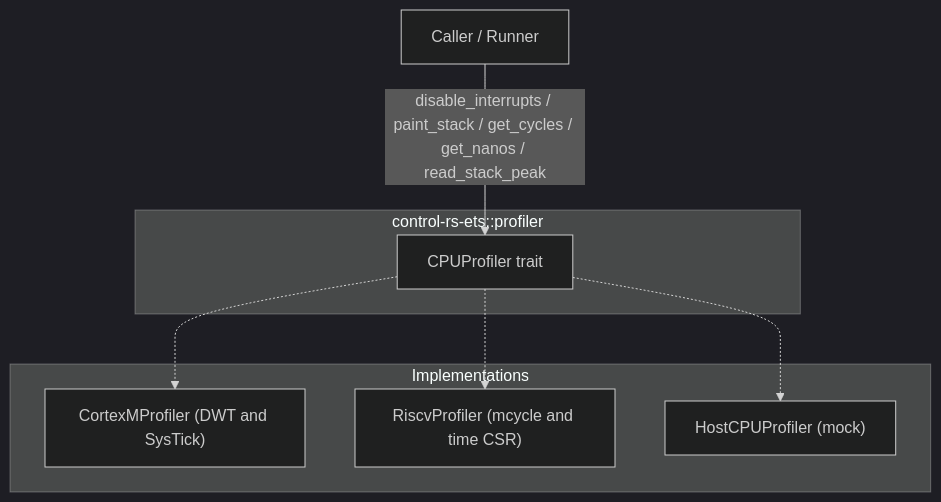
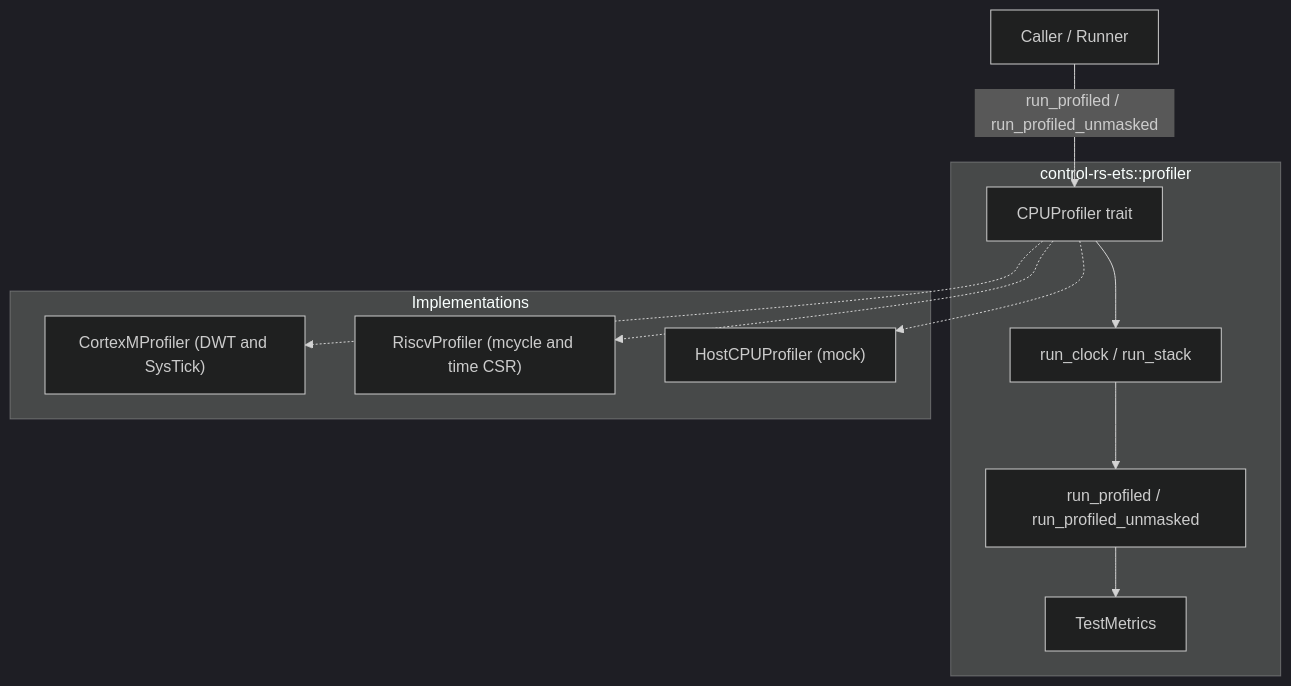
One commit to Dyse-Industries/control-rs changed the diagram in documentation/ets/cpu-profiler-design.md. Above: the diagram before and after it, drawn with Mermaid (dark theme). The commit also changed other lines of this file and 11 other files, not shown here.

````diff
--- a/documentation/ets/cpu-profiler-design.md
+++ b/documentation/ets/cpu-profiler-design.md
@@ -46,19 +48,25 @@
 ```mermaid
 flowchart TD
     RUN["Caller / Runner"]
 
     subgraph Profiler ["control-rs-ets::profiler"]
         TR["CPUProfiler trait"]
+        TM["TestMetrics"]
+        RC["run_clock / run_stack"]
+        RP["run_profiled / run_profiled_unmasked"]
+        TR --> RC
+        RC --> RP
+        RP --> TM
     end
 
     subgraph Backends ["Implementations"]
         ARM["CortexMProfiler (DWT and SysTick)"]
         RV["RiscvProfiler (mcycle and time CSR)"]
         HOST["HostCPUProfiler (mock)"]
     end
 
-    RUN -->|"disable_interrupts / paint_stack / get_cycles / get_nanos / read_stack_peak"| TR
+    RUN -->|"run_profiled / run_profiled_unmasked"| TR
     TR -.-> ARM
     TR -.-> RV
     TR -.-> HOST
 ```
````
